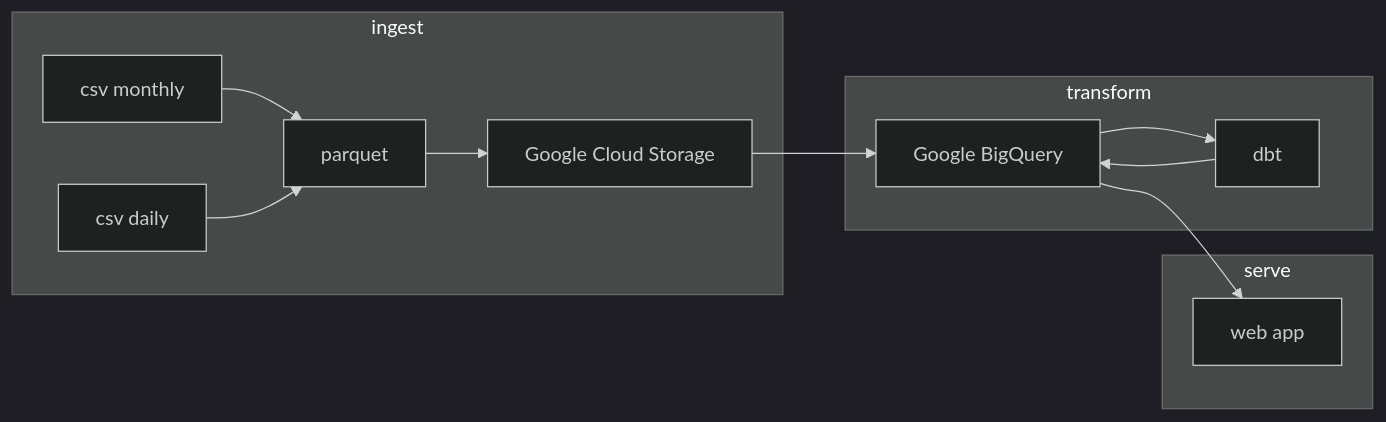
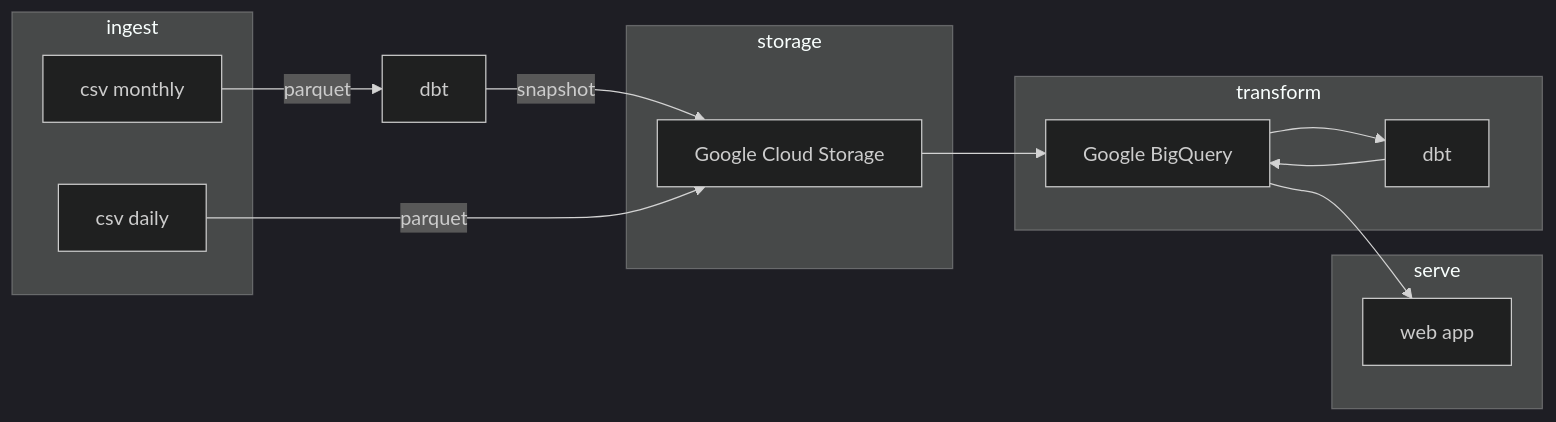
The diagram in README.md (gsajko/fuel_prices_qld), drawn with Mermaid (dark theme) before and after one commit. The commit also changed other lines of this file and 2 other files, not shown here.

Commit message:
added conditions for snapshot

````diff
--- a/README.md
+++ b/README.md
@@ -41,24 +41,35 @@
 ```mermaid
 flowchart LR
 
+
+
+subgraph ingest
 d1[csv monthly]
 d2[csv daily]
 
+end
 subgraph ingest
-d1 & d2 --> parquet --> gcs[Google Cloud Storage]
+
 end
 
+subgraph storage
+gcs[Google Cloud Storage]
+end
+d1 --parquet--> dbt1[dbt]
+dbt1[dbt] --snapshot--> gcs
+dbt1 
+d2--parquet--> gcs
 gcs --> gbq[Google BigQuery]
 
 subgraph transform
 gbq --> dbt[dbt]
 dbt --> gbq
 end
 
 gbq --> serv
 
 subgraph serve
 serv[web app]
 end
 
 ```
````
